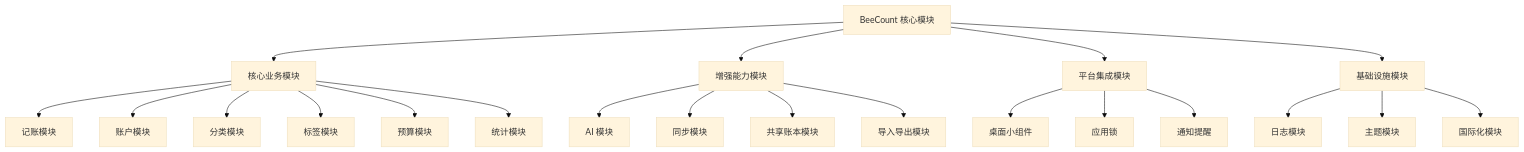
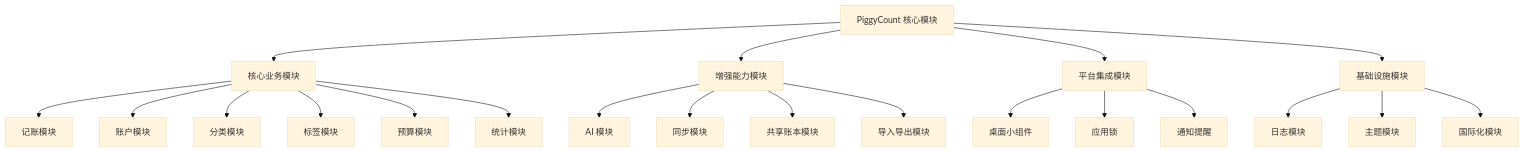
One commit to mecoren/PiggyCount changed the first of 6 diagrams in docoments/05-core-modules.md. Above: the diagram before and after it, drawn with Mermaid (base theme). The commit also changed other lines of this file and 91 other files, not shown here.

````diff
--- a/docoments/05-core-modules.md
+++ b/docoments/05-core-modules.md
@@ -58,29 +58,29 @@
 ```mermaid
 flowchart TD
-    Root[BeeCount 核心模块]
+    Root[PiggyCount 核心模块]
 
     Root --> Core[核心业务模块]
     Root --> Enhance[增强能力模块]
     Root --> Platform[平台集成模块]
     Root --> Infra[基础设施模块]
 
     Core --> C1[记账模块]
     Core --> C2[账户模块]
     Core --> C3[分类模块]
     Core --> C4[标签模块]
     Core --> C5[预算模块]
     Core --> C6[统计模块]
 
     Enhance --> E1[AI 模块]
     Enhance --> E2[同步模块]
     Enhance --> E3[共享账本模块]
     Enhance --> E4[导入导出模块]
 
     Platform --> P1[桌面小组件]
     Platform --> P2[应用锁]
     Platform --> P3[通知提醒]
 
     Infra --> I1[日志模块]
     Infra --> I2[主题模块]
     Infra --> I3[国际化模块]
 ```
````
